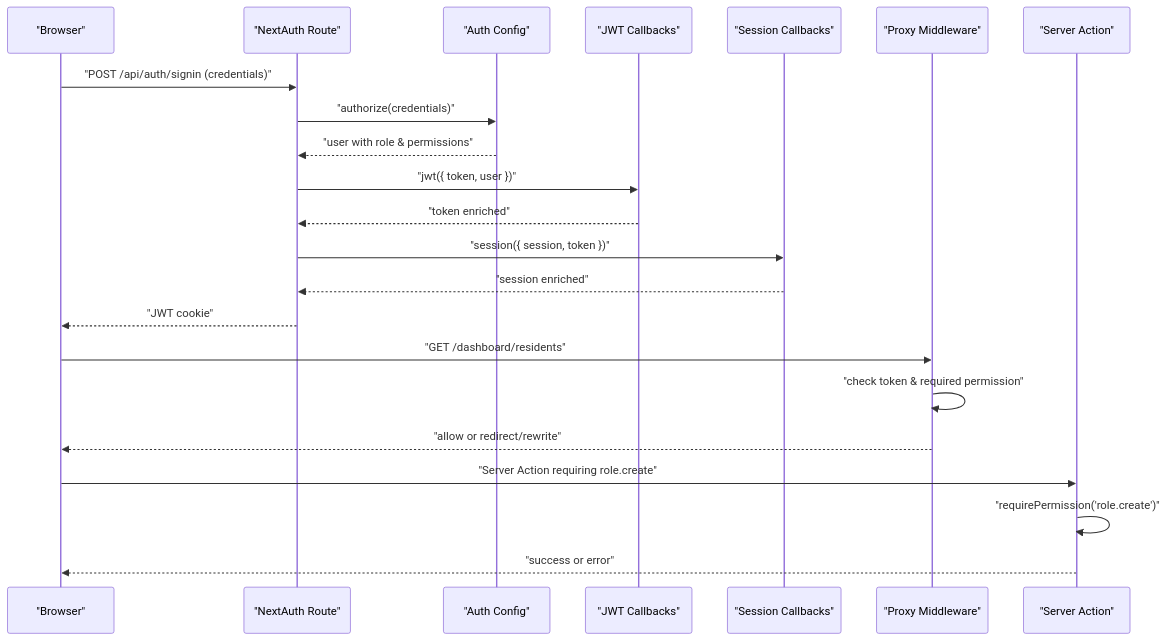
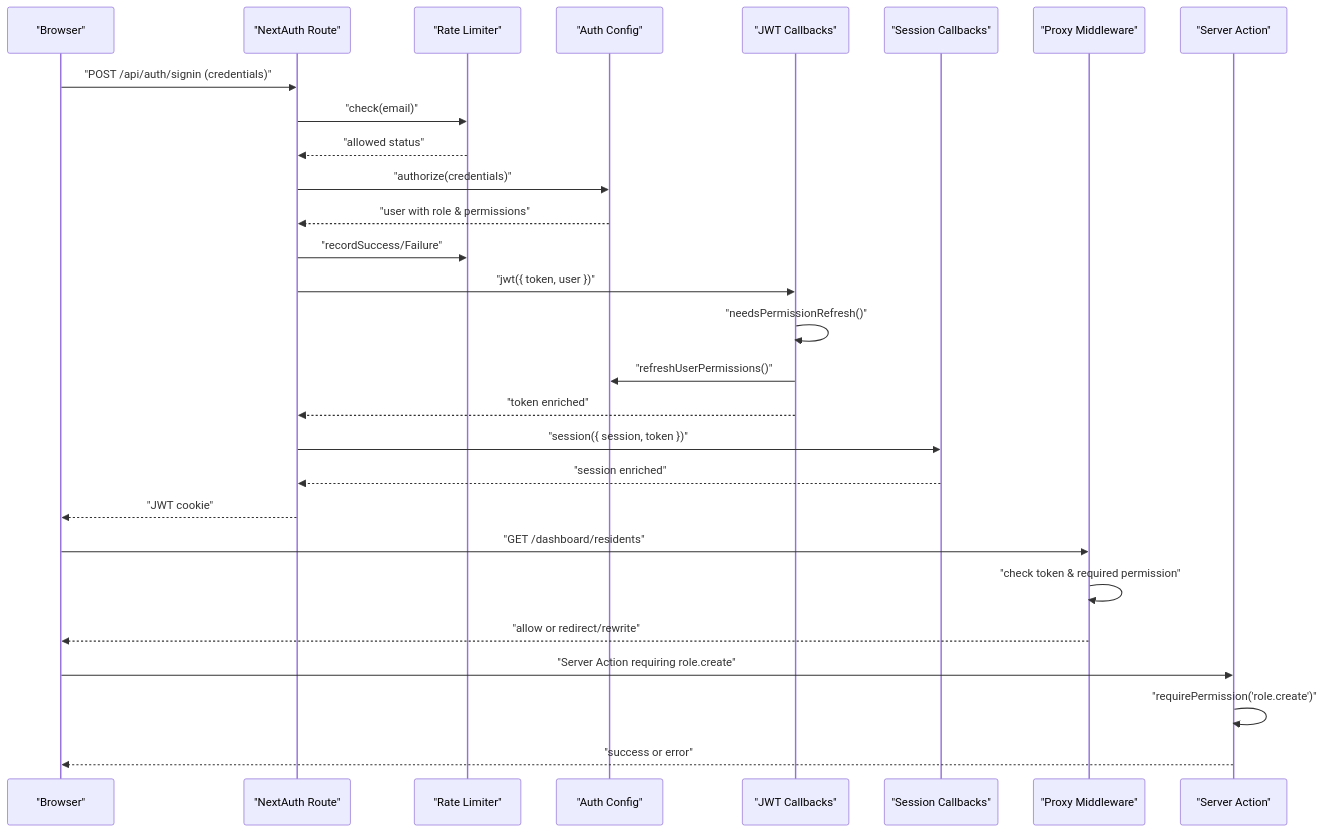
One commit to bazs69/ApsAsrama changed the second of 12 diagrams in .qoder/repowiki/en/content/System Architecture/Security Architecture & Access Control.md. Above: the diagram before and after it, drawn with Mermaid. The commit also changed other lines of this file and 293 other files, not shown here.

````diff
--- a/.qoder/repowiki/en/content/System Architecture/Security Architecture & Access Control.md
+++ b/.qoder/repowiki/en/content/System Architecture/Security Architecture & Access Control.md
@@ -124,24 +161,30 @@
 ```mermaid
 sequenceDiagram
 participant Browser as "Browser"
 participant NextAuth as "NextAuth Route"
+participant RateLimiter as "Rate Limiter"
 participant AuthLib as "Auth Config"
 participant JWT as "JWT Callbacks"
 participant Session as "Session Callbacks"
 participant Proxy as "Proxy Middleware"
 participant Action as "Server Action"
 Browser->>NextAuth : "POST /api/auth/signin (credentials)"
+NextAuth->>RateLimiter : "check(email)"
+RateLimiter-->>NextAuth : "allowed status"
 NextAuth->>AuthLib : "authorize(credentials)"
 AuthLib-->>NextAuth : "user with role & permissions"
+NextAuth->>RateLimiter : "recordSuccess/Failure"
 NextAuth->>JWT : "jwt({ token, user })"
+JWT->>JWT : "needsPermissionRefresh()"
+JWT->>AuthLib : "refreshUserPermissions()"
 JWT-->>NextAuth : "token enriched"
 NextAuth->>Session : "session({ session, token })"
 Session-->>NextAuth : "session enriched"
 NextAuth-->>Browser : "JWT cookie"
 Browser->>Proxy : "GET /dashboard/residents"
 Proxy->>Proxy : "check token & required permission"
 Proxy-->>Browser : "allow or redirect/rewrite"
 Browser->>Action : "Server Action requiring role.create"
 Action->>Action : "requirePermission('role.create')"
 Action-->>Browser : "success or error"
 ```
````
